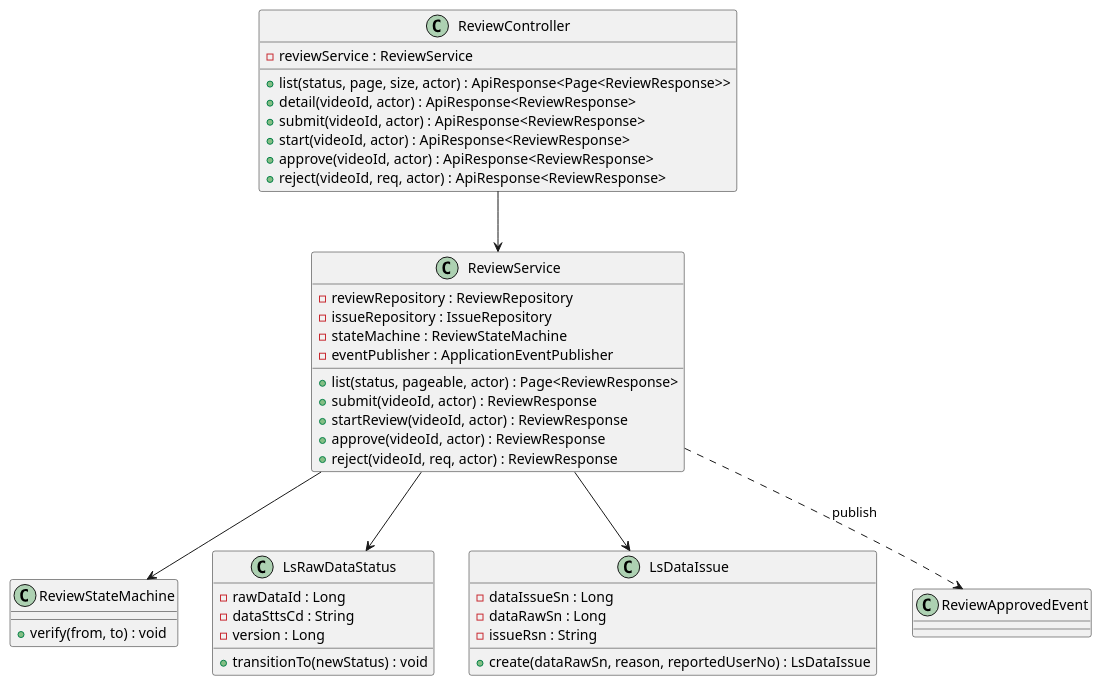
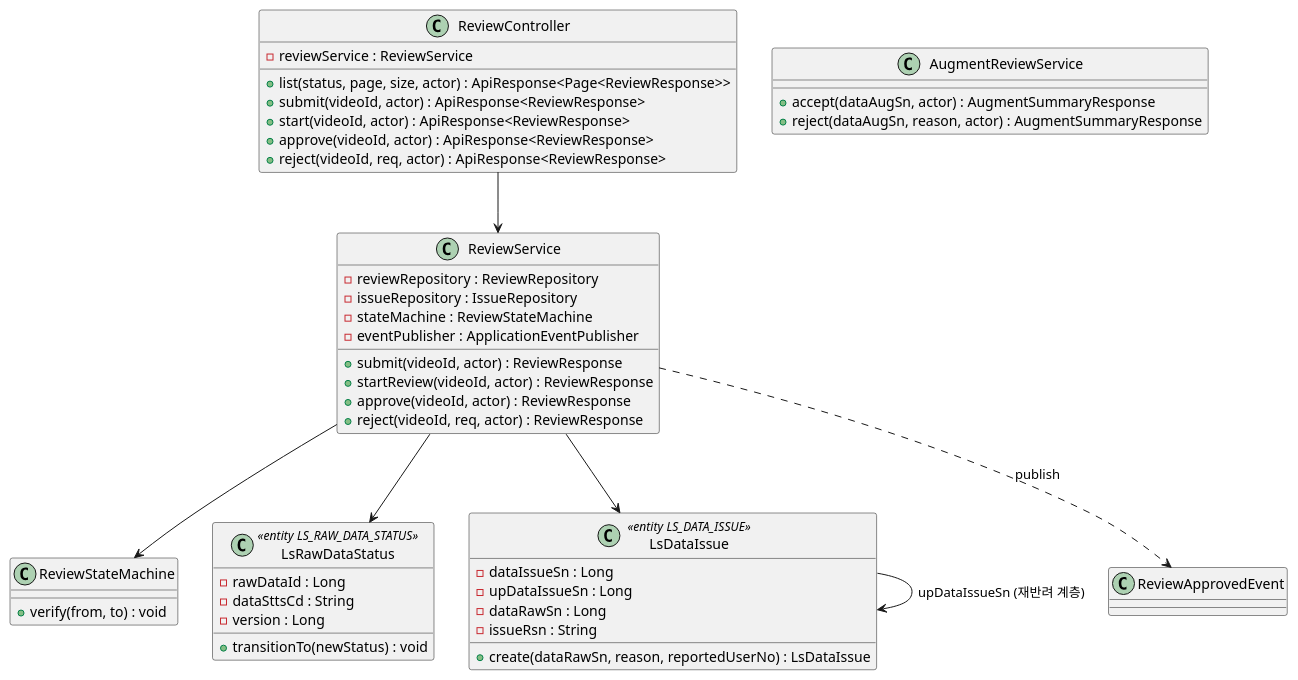
Diagram 17 of 18 in docs/design/D1-클래스설계서.md (New-stella/klid-label), drawn with PlantUML before and after one commit. The commit also changed other lines of this file and 36 other files, not shown here.

````diff
--- a/docs/design/D1-클래스설계서.md
+++ b/docs/design/D1-클래스설계서.md
@@ -532,45 +898,49 @@
 ```plantuml
 @startuml
 class ReviewController {
   - reviewService : ReviewService
   + list(status, page, size, actor) : ApiResponse<Page<ReviewResponse>>
-  + detail(videoId, actor) : ApiResponse<ReviewResponse>
   + submit(videoId, actor) : ApiResponse<ReviewResponse>
   + start(videoId, actor) : ApiResponse<ReviewResponse>
   + approve(videoId, actor) : ApiResponse<ReviewResponse>
   + reject(videoId, req, actor) : ApiResponse<ReviewResponse>
 }
 class ReviewService {
   - reviewRepository : ReviewRepository
   - issueRepository : IssueRepository
   - stateMachine : ReviewStateMachine
   - eventPublisher : ApplicationEventPublisher
-  + list(status, pageable, actor) : Page<ReviewResponse>
   + submit(videoId, actor) : ReviewResponse
   + startReview(videoId, actor) : ReviewResponse
   + approve(videoId, actor) : ReviewResponse
   + reject(videoId, req, actor) : ReviewResponse
 }
 class ReviewStateMachine {
   + verify(from, to) : void
 }
-class LsRawDataStatus {
+class LsRawDataStatus <<entity LS_RAW_DATA_STATUS>> {
   - rawDataId : Long
   - dataSttsCd : String
   - version : Long
   + transitionTo(newStatus) : void
 }
-class LsDataIssue {
+class LsDataIssue <<entity LS_DATA_ISSUE>> {
   - dataIssueSn : Long
+  - upDataIssueSn : Long
   - dataRawSn : Long
   - issueRsn : String
   + create(dataRawSn, reason, reportedUserNo) : LsDataIssue
+}
+class AugmentReviewService {
+  + accept(dataAugSn, actor) : AugmentSummaryResponse
+  + reject(dataAugSn, reason, actor) : AugmentSummaryResponse
 }
 
 ReviewController --> ReviewService
 ReviewService --> ReviewStateMachine
 ReviewService --> LsRawDataStatus
 ReviewService --> LsDataIssue
 ReviewService ..> "ReviewApprovedEvent" : publish
+LsDataIssue --> LsDataIssue : upDataIssueSn (재반려 계층)
 @enduml
 ```
````
